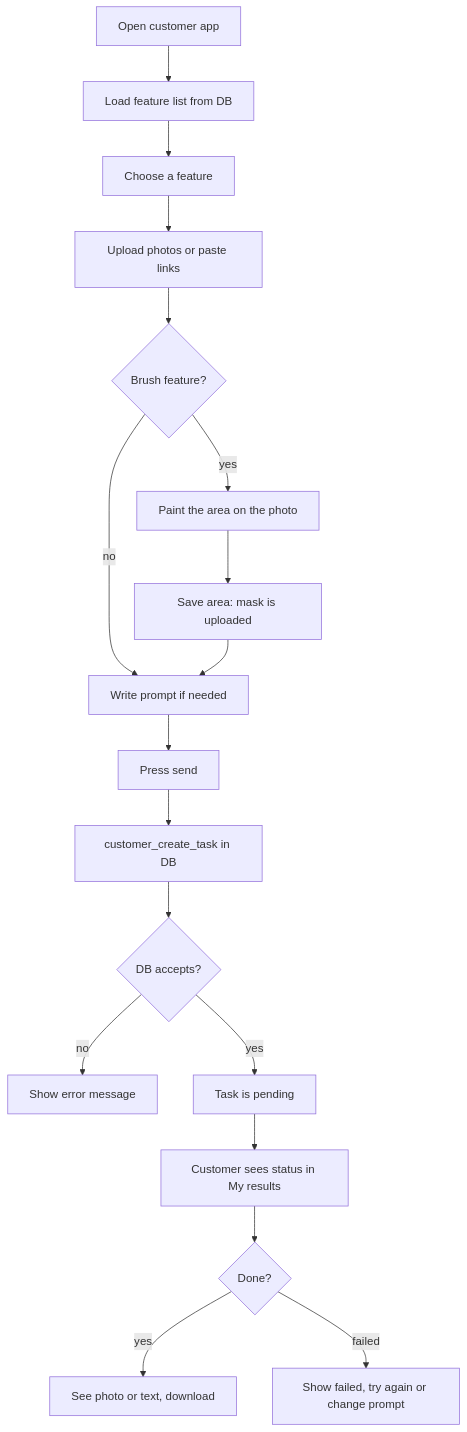
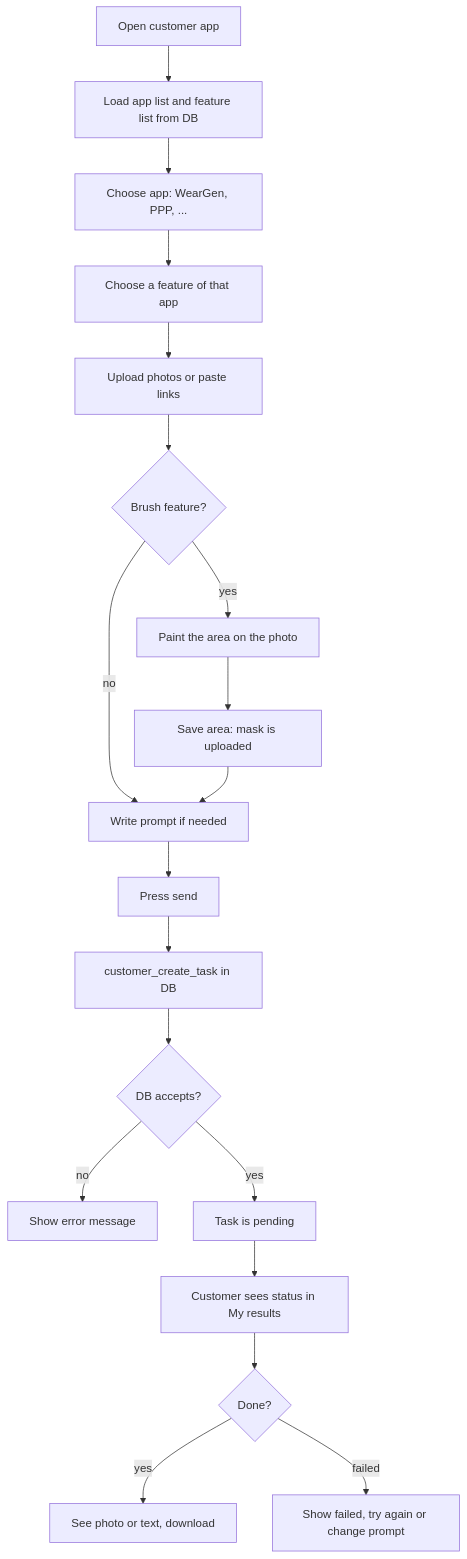
Before and after one commit to kambojsaab300/AI-Studio: the second of 14 diagrams in docs/FLOW.md, drawn with Mermaid. The commit also changed other lines of this file and 11 other files, not shown here.

````diff
--- a/docs/FLOW.md
+++ b/docs/FLOW.md
@@ -42,20 +42,21 @@
 ```mermaid
 flowchart TD
-    A[Open customer app] --> B[Load feature list from DB]
-    B --> C[Choose a feature]
+    A[Open customer app] --> B[Load app list and feature list from DB]
+    B --> B1[Choose app: WearGen, PPP, ...]
+    B1 --> C[Choose a feature of that app]
     C --> D[Upload photos or paste links]
     D --> E{Brush feature?}
     E -- yes --> F[Paint the area on the photo]
     F --> G[Save area: mask is uploaded]
     E -- no --> H[Write prompt if needed]
     G --> H
     H --> I[Press send]
     I --> J[customer_create_task in DB]
     J --> K{DB accepts?}
     K -- no --> L[Show error message]
     K -- yes --> M[Task is pending]
     M --> N[Customer sees status in My results]
     N --> O{Done?}
     O -- yes --> P[See photo or text, download]
     O -- failed --> Q[Show failed, try again or change prompt]
 ```
````
